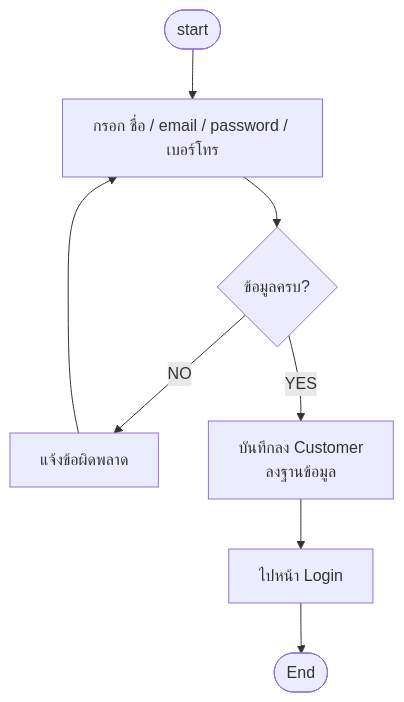
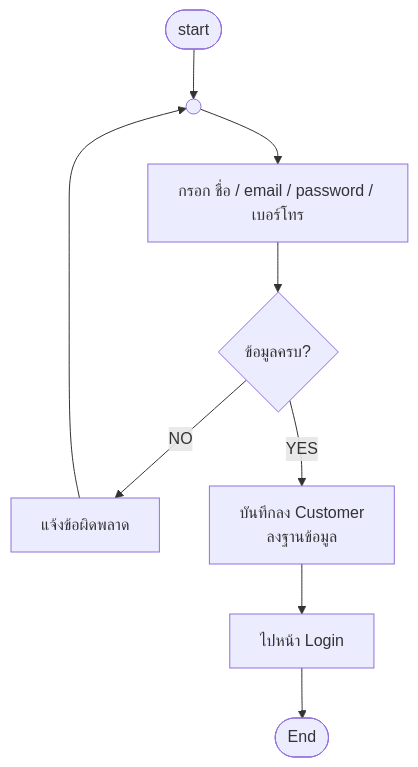
The fourth of 18 diagrams in README.md (doraemon-kub/CSI402_Project-final), drawn with Mermaid before and after one commit. The commit also changed other lines of this file, not shown here.

Commit message:
docs: add ANSI standard on-page connector symbols (( )) to loop-back and junction flowcharts

````diff
--- a/README.md
+++ b/README.md
@@ -167,10 +175,11 @@
 ```mermaid
 flowchart TD
-    Start([start]) --> InputReg[กรอก ชื่อ / email / password / เบอร์โทร]
+    Start([start]) --> ConnReg(( ))
+    ConnReg --> InputReg[กรอก ชื่อ / email / password / เบอร์โทร]
     InputReg --> CheckComplete{ข้อมูลครบ?}
     CheckComplete -- NO --> AlertErr[แจ้งข้อผิดพลาด]
-    AlertErr --> InputReg
+    AlertErr --> ConnReg
     CheckComplete -- YES --> SaveCustomer[บันทึกลง Customer\nลงฐานข้อมูล]
     SaveCustomer --> GoToLogin[ไปหน้า Login]
     GoToLogin --> End([End])
 ```
````
